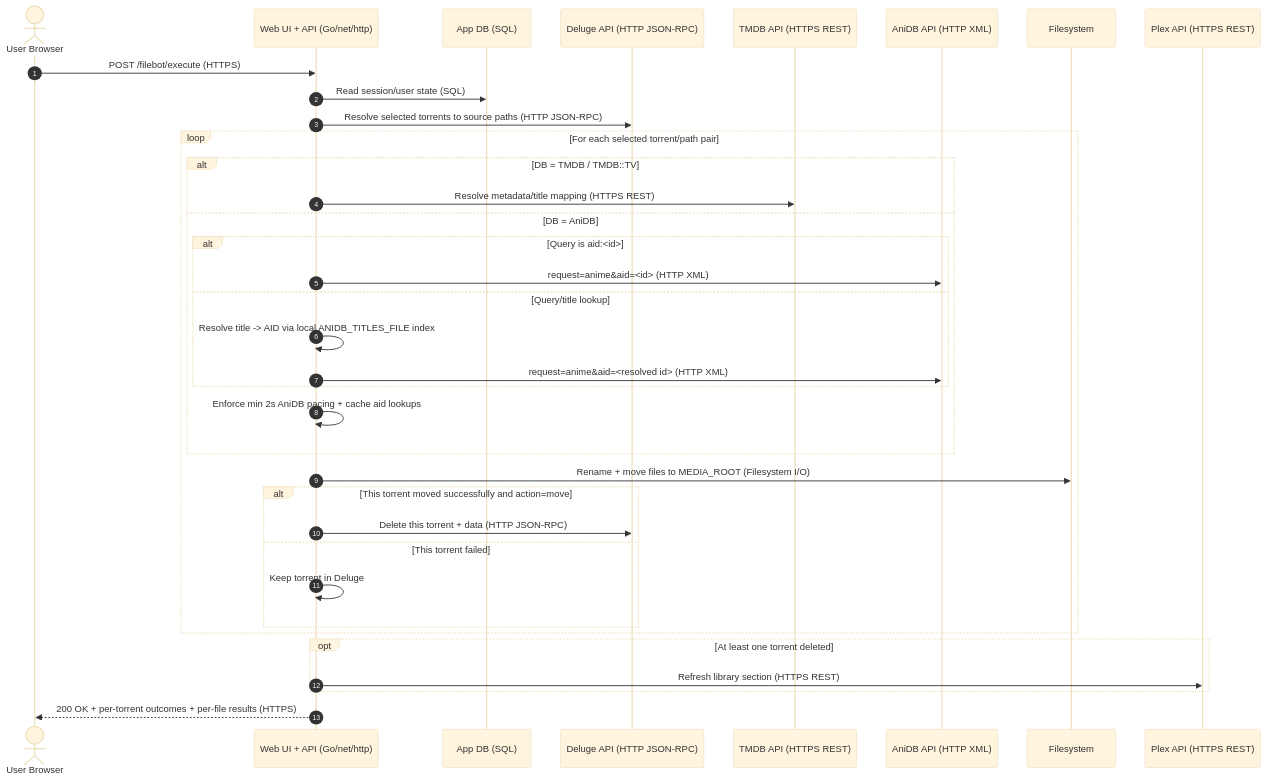
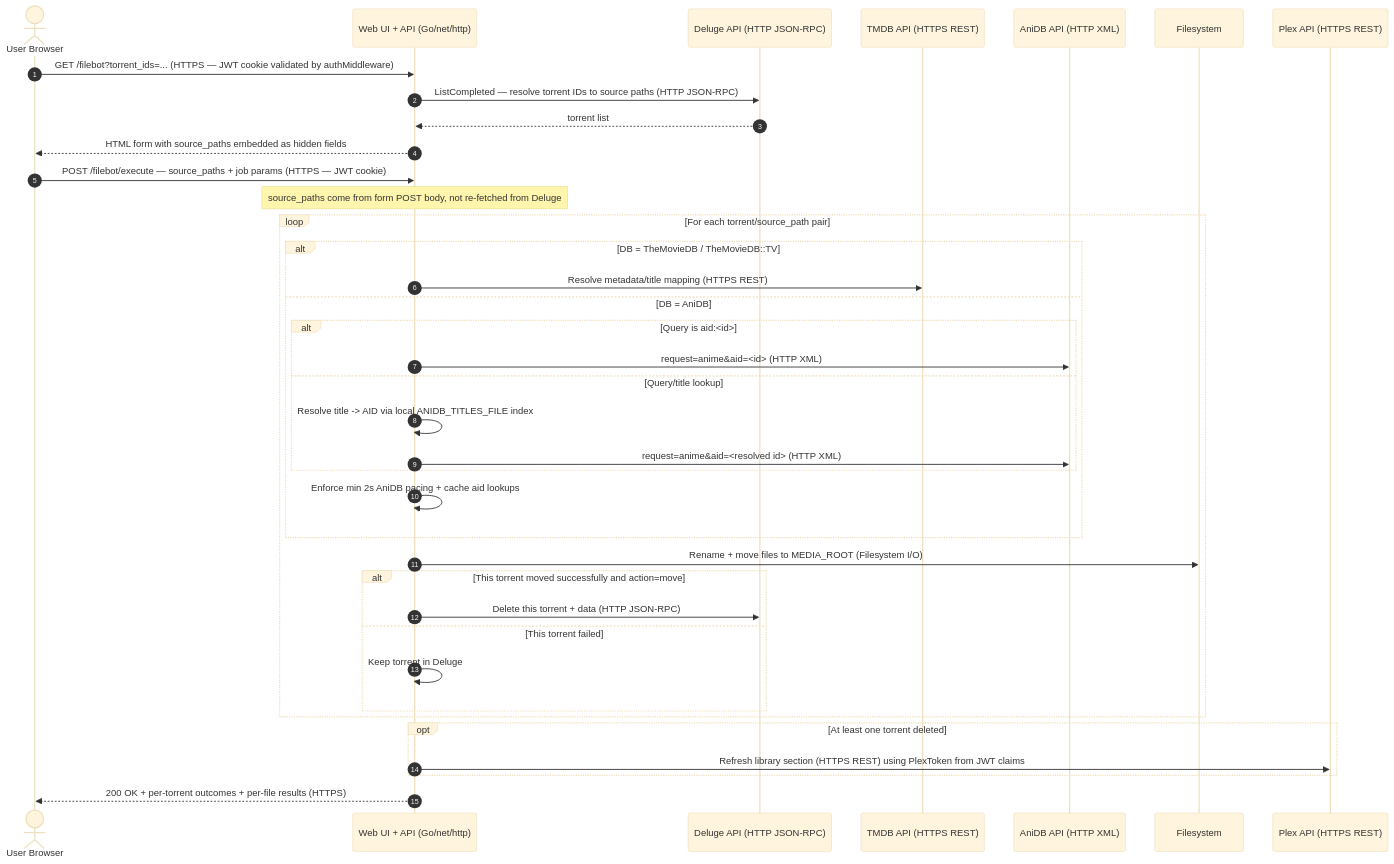
One commit to darknessnerd/filebot-webui changed the second of 3 diagrams in doc/architecture.md. Above: the diagram before and after it, drawn with Mermaid (base theme). The commit also changed other lines of this file and 9 other files, not shown here.

````diff
--- a/doc/architecture.md
+++ b/doc/architecture.md
@@ -39,39 +41,42 @@
 ```mermaid
 sequenceDiagram
   autonumber
   actor User as User Browser
   participant API as Web UI + API (Go/net/http)
-  participant DB as App DB (SQL)
   participant Deluge as Deluge API (HTTP JSON-RPC)
   participant TMDB as TMDB API (HTTPS REST)
   participant AniDB as AniDB API (HTTP XML)
   participant FS as Filesystem
   participant Plex as Plex API (HTTPS REST)
 
-  User->>API: POST /filebot/execute (HTTPS)
-  API->>DB: Read session/user state (SQL)
-  API->>Deluge: Resolve selected torrents to source paths (HTTP JSON-RPC)
-  loop For each selected torrent/path pair
-    alt DB = TMDB / TMDB::TV
+  User->>API: GET /filebot?torrent_ids=... (HTTPS — JWT cookie validated by authMiddleware)
+  API->>Deluge: ListCompleted — resolve torrent IDs to source paths (HTTP JSON-RPC)
+  Deluge-->>API: torrent list
+  API-->>User: HTML form with source_paths embedded as hidden fields
+
+  User->>API: POST /filebot/execute — source_paths + job params (HTTPS — JWT cookie)
+  Note over API: source_paths come from form POST body, not re-fetched from Deluge
+  loop For each torrent/source_path pair
+    alt DB = TheMovieDB / TheMovieDB::TV
       API->>TMDB: Resolve metadata/title mapping (HTTPS REST)
     else DB = AniDB
       alt Query is aid:<id>
         API->>AniDB: request=anime&aid=<id> (HTTP XML)
       else Query/title lookup
         API->>API: Resolve title -> AID via local ANIDB_TITLES_FILE index
         API->>AniDB: request=anime&aid=<resolved id> (HTTP XML)
       end
       API->>API: Enforce min 2s AniDB pacing + cache aid lookups
     end
     API->>FS: Rename + move files to MEDIA_ROOT (Filesystem I/O)
     alt This torrent moved successfully and action=move
       API->>Deluge: Delete this torrent + data (HTTP JSON-RPC)
     else This torrent failed
       API->>API: Keep torrent in Deluge
     end
   end
   opt At least one torrent deleted
-    API->>Plex: Refresh library section (HTTPS REST)
+    API->>Plex: Refresh library section (HTTPS REST) using PlexToken from JWT claims
   end
   API-->>User: 200 OK + per-torrent outcomes + per-file results (HTTPS)
 ```
````
